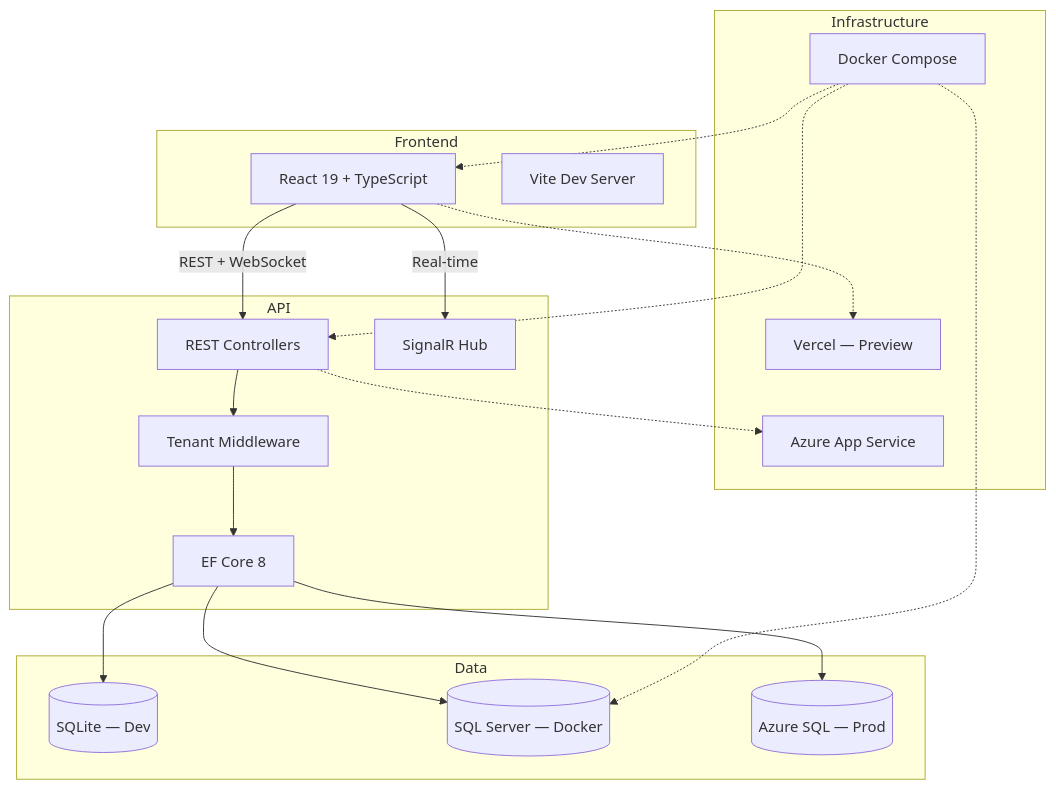
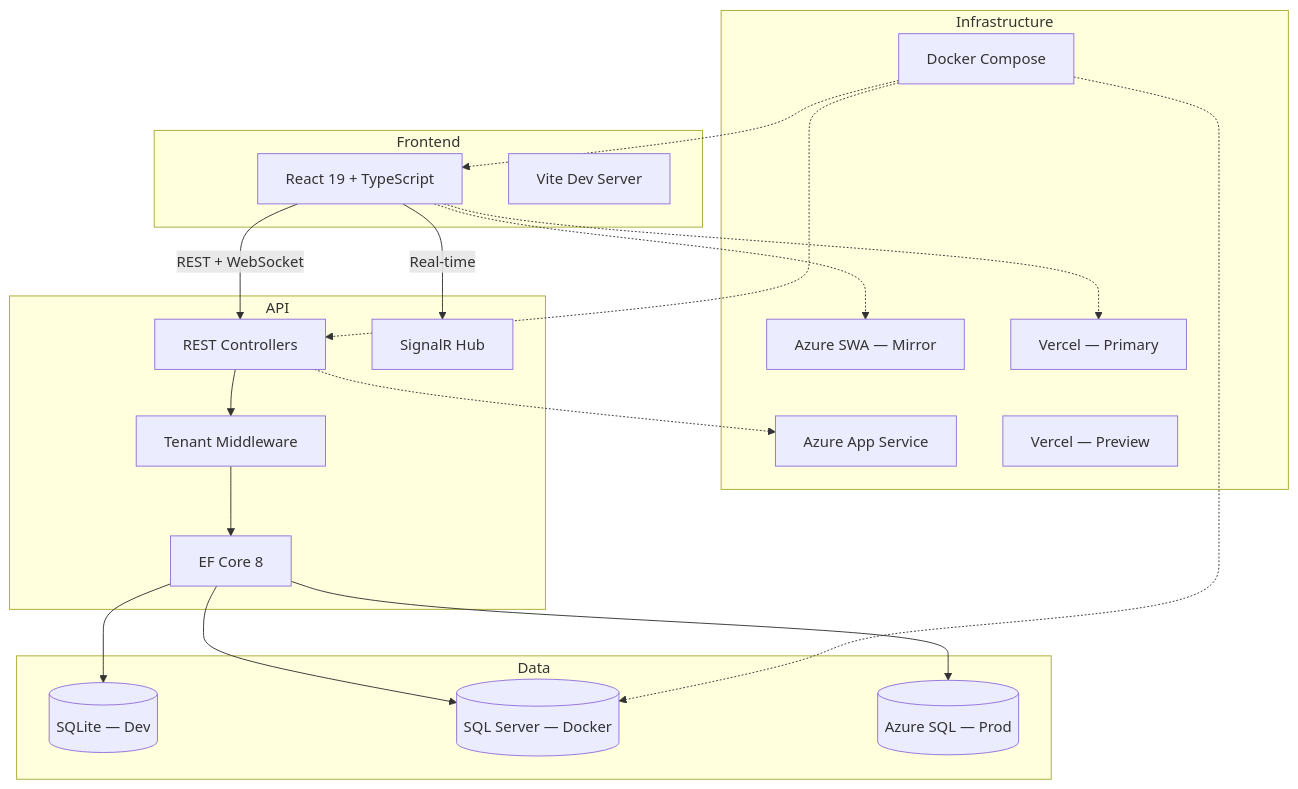
The diagram in README.md (PohTeyToe/LogisticsInventorySystem), drawn with Mermaid before and after one commit. The commit also changed other lines of this file and 6 other files, not shown here.

First line of the commit message:
ci: add Vercel staging and Azure SWA frontend deployments

````diff
--- a/README.md
+++ b/README.md
@@ -22,38 +24,41 @@
 ```mermaid
 graph TB
     subgraph Frontend
         React[React 19 + TypeScript]
         Vite[Vite Dev Server]
     end
 
     subgraph API
         Controllers[REST Controllers]
         SignalRHub[SignalR Hub]
         Middleware[Tenant Middleware]
         EFCore[EF Core 8]
     end
 
     subgraph Data
         SQLite[(SQLite — Dev)]
         SQLServer[(SQL Server — Docker)]
         AzureSQL[(Azure SQL — Prod)]
     end
 
     subgraph Infrastructure
         Azure[Azure App Service]
-        Vercel[Vercel — Preview]
+        AzureSWA[Azure SWA — Mirror]
+        VercelProd[Vercel — Primary]
+        VercelPreview[Vercel — Preview]
         Docker[Docker Compose]
     end
 
     React -->|REST + WebSocket| Controllers
     React -->|Real-time| SignalRHub
     Controllers --> Middleware --> EFCore
     EFCore --> SQLite
     EFCore --> SQLServer
     EFCore --> AzureSQL
     Controllers -.-> Azure
-    React -.-> Vercel
+    React -.-> VercelProd
+    React -.-> AzureSWA
     Docker -.-> SQLServer
     Docker -.-> Controllers
     Docker -.-> React
 ```
````
